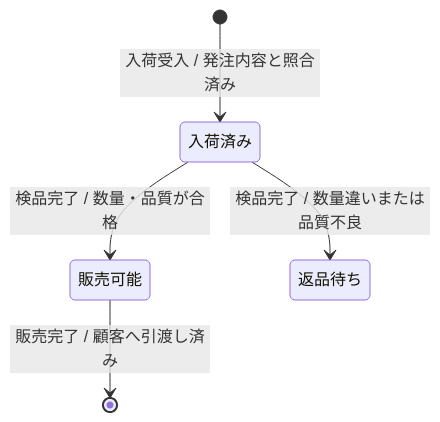
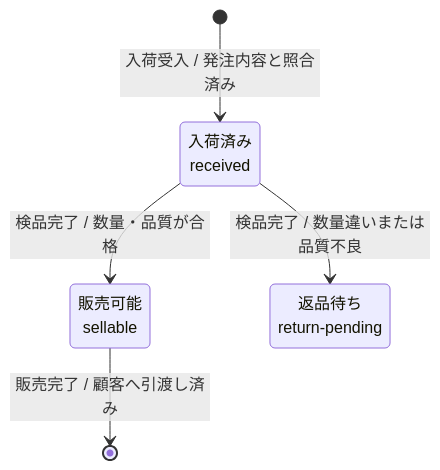
One commit to specdojo/specdojo changed the first of 2 diagrams in docs/ja/specdojo/rulebooks/stsd-mermaid-rulebook.md. Above: the diagram before and after it, drawn with Mermaid. The commit also changed other lines of this file and 4 other files, not shown here.

Commit message:
exec(register PJR-NEPD): stsd-mermaid-rulebook の表示名を状態名と値の 2 行にする

````diff
--- a/docs/ja/specdojo/rulebooks/stsd-mermaid-rulebook.md
+++ b/docs/ja/specdojo/rulebooks/stsd-mermaid-rulebook.md
@@ -70,7 +70,10 @@
 ```mermaid
 stateDiagram-v2
-  [*] --> 入荷済み : 入荷受入 / 発注内容と照合済み
-  入荷済み --> 販売可能 : 検品完了 / 数量・品質が合格
-  入荷済み --> 返品待ち : 検品完了 / 数量違いまたは品質不良
-  販売可能 --> [*] : 販売完了 / 顧客へ引渡し済み
+  state "入荷済み<br>received" as received
+  state "販売可能<br>sellable" as sellable
+  state "返品待ち<br>return-pending" as return_pending
+  [*] --> received : 入荷受入 / 発注内容と照合済み
+  received --> sellable : 検品完了 / 数量・品質が合格
+  received --> return_pending : 検品完了 / 数量違いまたは品質不良
+  sellable --> [*] : 販売完了 / 顧客へ引渡し済み
 ```
````
